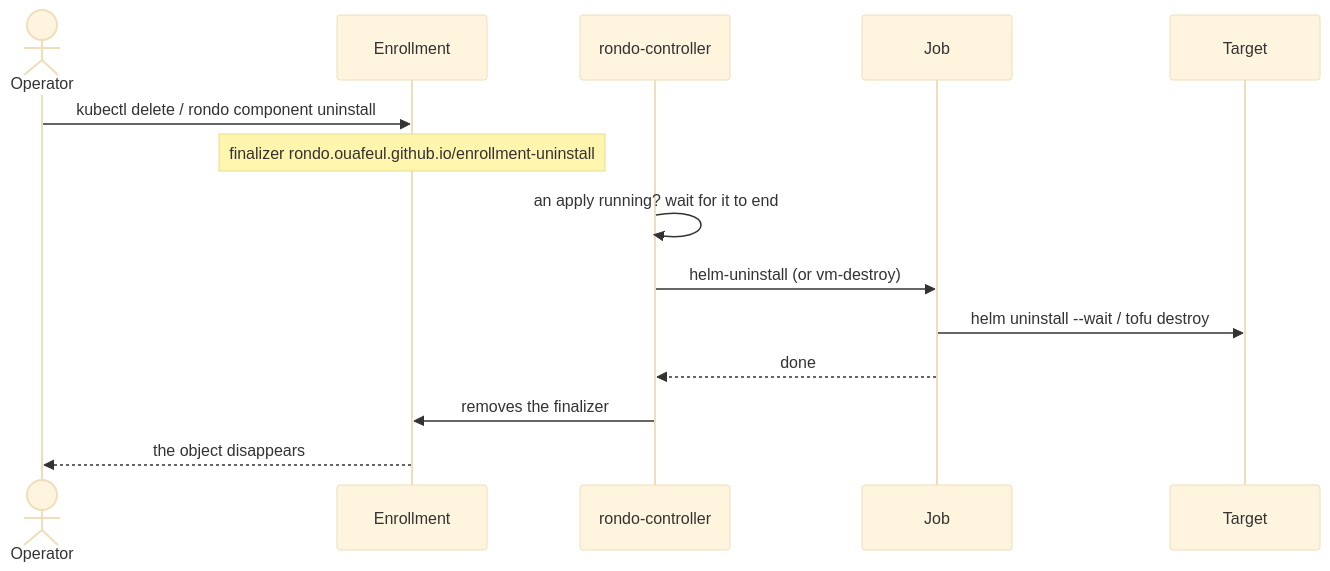
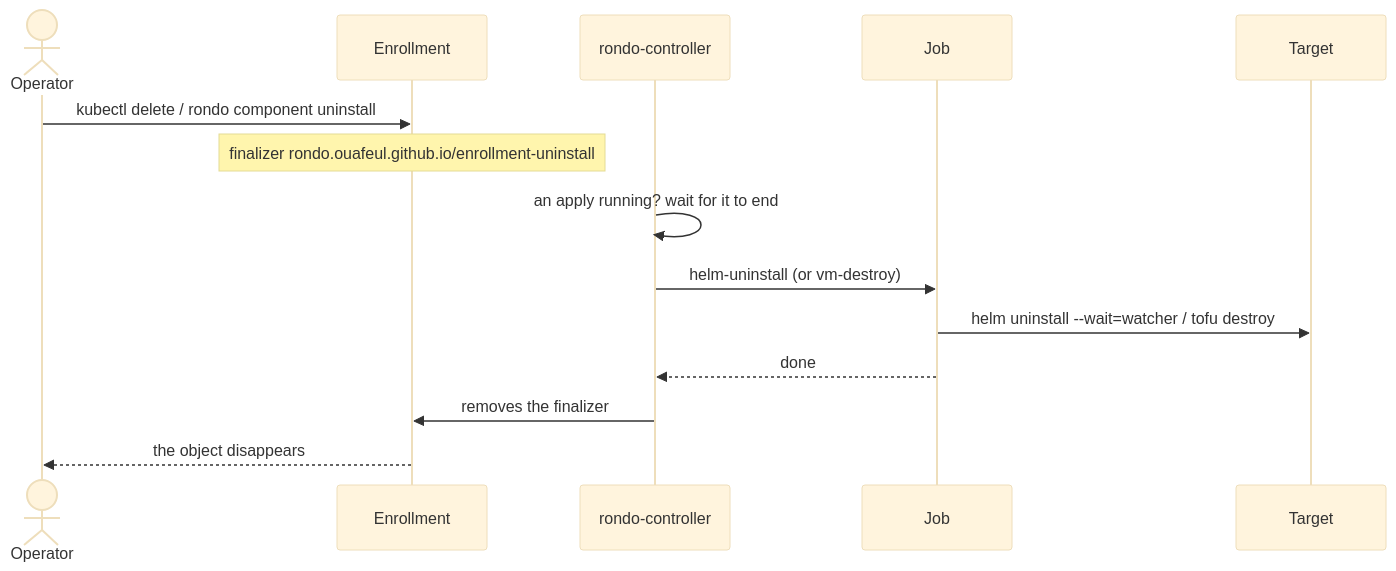
The second of 2 diagrams in docs/src/content/docs/concepts/lifecycle.mdx (ouafeul/rondo), drawn with Mermaid (base theme) before and after one commit. The commit also changed 10 other files, not shown here.

````diff
--- a/docs/src/content/docs/concepts/lifecycle.mdx
+++ b/docs/src/content/docs/concepts/lifecycle.mdx
@@ -121,16 +121,16 @@
 ```mermaid
 sequenceDiagram
   actor Op as Operator
   participant E as Enrollment
   participant C as rondo-controller
   participant J as Job
   participant T as Target
   Op->>E: kubectl delete / rondo component uninstall
   Note over E: finalizer rondo.ouafeul.github.io/enrollment-uninstall
   C->>C: an apply running? wait for it to end
   C->>J: helm-uninstall (or vm-destroy)
-  J->>T: helm uninstall --wait / tofu destroy
+  J->>T: helm uninstall --wait=watcher / tofu destroy
   J-->>C: done
   C->>E: removes the finalizer
   E-->>Op: the object disappears
 ```
````
